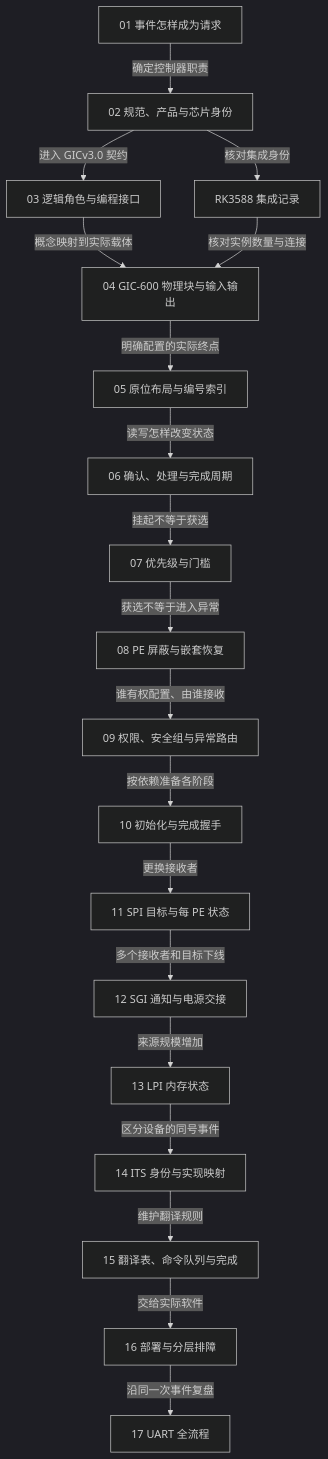
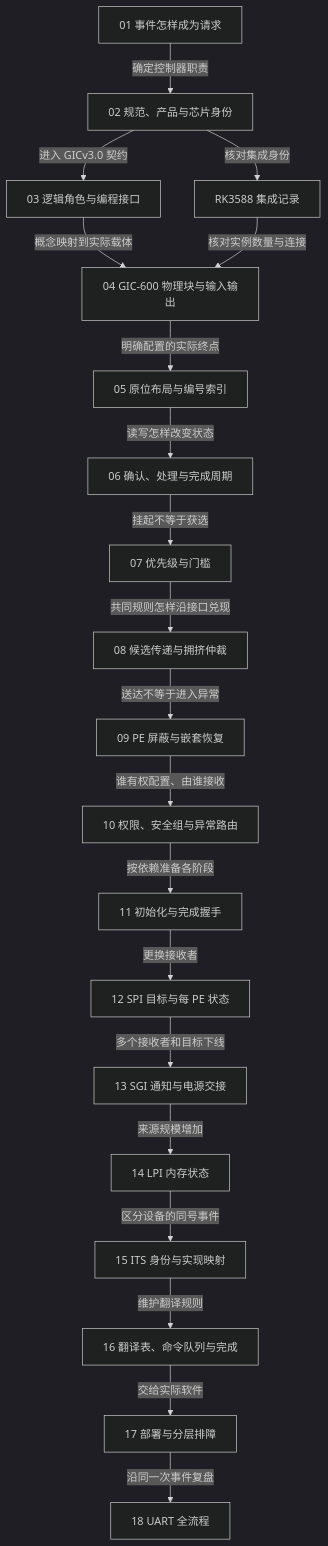
The diagram in platforms/arm/architecture/gic/大纲.md (FormingSystem/linux_note), drawn with Mermaid (dark theme) before and after one commit. The commit also changed other lines of this file and 30 other files, not shown here.

````diff
--- a/platforms/arm/architecture/gic/大纲.md
+++ b/platforms/arm/architecture/gic/大纲.md
@@ -29,21 +29,22 @@
 ```mermaid
 flowchart TD
     p01["01 事件怎样成为请求"] -->|"确定控制器职责"| p02["02 规范、产品与芯片身份"]
     p02 -->|"进入 GICv3.0 契约"| p03["03 逻辑角色与编程接口"]
     p03 -->|"概念映射到实际载体"| p04["04 GIC-600 物理块与输入输出"]
     p04 -->|"明确配置的实际终点"| p05["05 原位布局与编号索引"]
     p05 -->|"读写怎样改变状态"| p06["06 确认、处理与完成周期"]
     p06 -->|"挂起不等于获选"| p07["07 优先级与门槛"]
-    p07 -->|"获选不等于进入异常"| p08["08 PE 屏蔽与嵌套恢复"]
-    p08 -->|"谁有权配置、由谁接收"| p09["09 权限、安全组与异常路由"]
-    p09 -->|"按依赖准备各阶段"| p10["10 初始化与完成握手"]
-    p10 -->|"更换接收者"| p11["11 SPI 目标与每 PE 状态"]
-    p11 -->|"多个接收者和目标下线"| p12["12 SGI 通知与电源交接"]
-    p12 -->|"来源规模增加"| p13["13 LPI 内存状态"]
-    p13 -->|"区分设备的同号事件"| p14["14 ITS 身份与实现映射"]
-    p14 -->|"维护翻译规则"| p15["15 翻译表、命令队列与完成"]
-    p15 -->|"交给实际软件"| p16["16 部署与分层排障"]
-    p16 -->|"沿同一次事件复盘"| p17["17 UART 全流程"]
+    p07 -->|"共同规则怎样沿接口兑现"| p08["08 候选传递与拥挤仲裁"]
+    p08 -->|"送达不等于进入异常"| p09["09 PE 屏蔽与嵌套恢复"]
+    p09 -->|"谁有权配置、由谁接收"| p10["10 权限、安全组与异常路由"]
+    p10 -->|"按依赖准备各阶段"| p11["11 初始化与完成握手"]
+    p11 -->|"更换接收者"| p12["12 SPI 目标与每 PE 状态"]
+    p12 -->|"多个接收者和目标下线"| p13["13 SGI 通知与电源交接"]
+    p13 -->|"来源规模增加"| p14["14 LPI 内存状态"]
+    p14 -->|"区分设备的同号事件"| p15["15 ITS 身份与实现映射"]
+    p15 -->|"维护翻译规则"| p16["16 翻译表、命令队列与完成"]
+    p16 -->|"交给实际软件"| p17["17 部署与分层排障"]
+    p17 -->|"沿同一次事件复盘"| p18["18 UART 全流程"]
     p02 -->|"核对集成身份"| rk["RK3588 集成记录"]
     rk -->|"核对实例数量与连接"| p04
 ```
````
